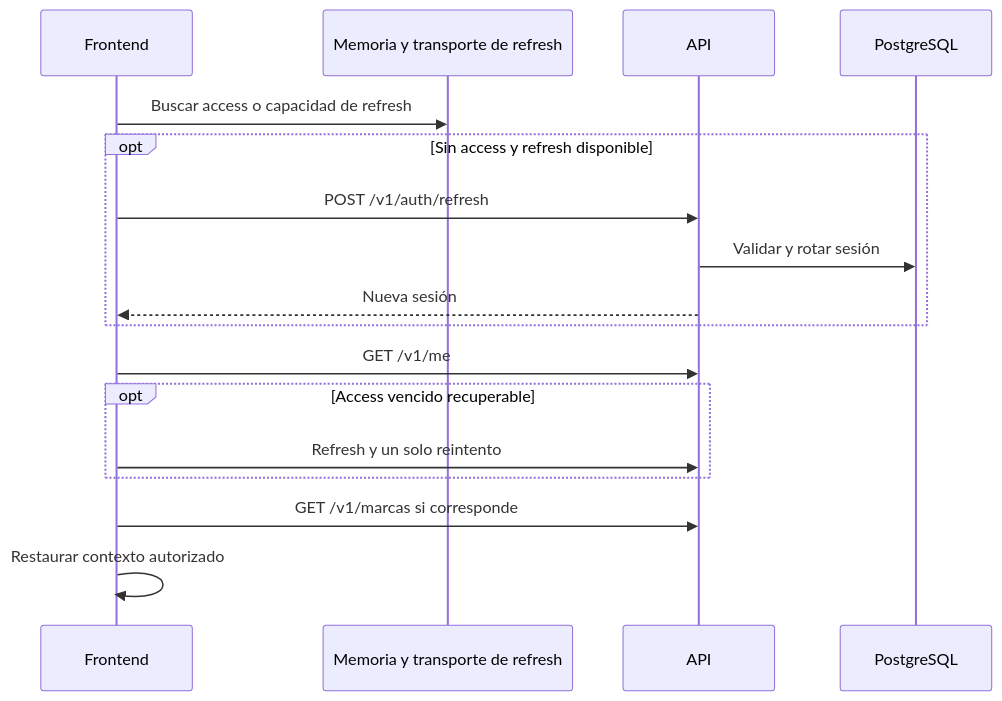
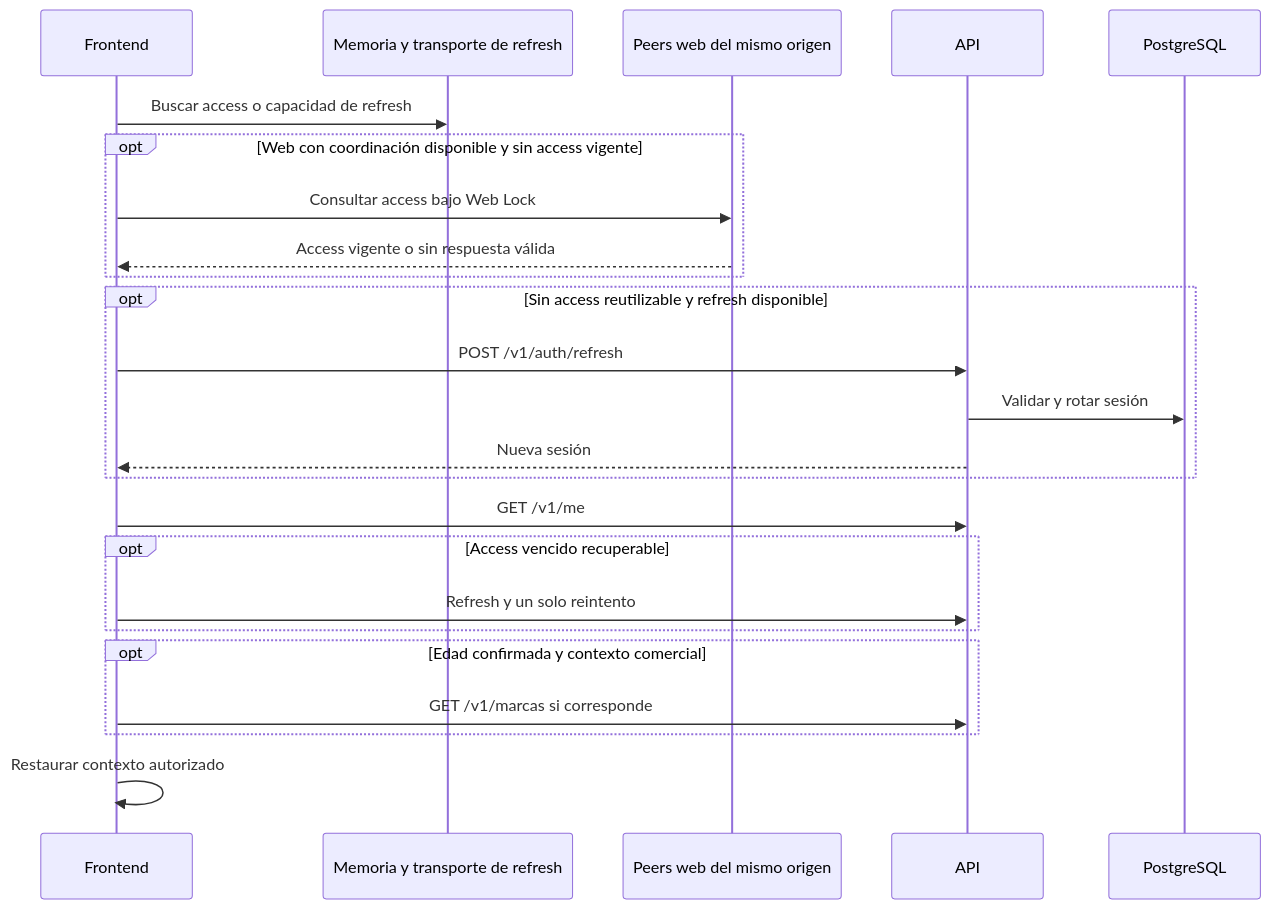
One commit to gagonzalez1/puntazo-docs changed the diagram in docs/sequences/04-restore.md. Above: the diagram before and after it, drawn with Mermaid. The commit also changed other lines of this file and 8 other files, not shown here.

````diff
--- a/docs/sequences/04-restore.md
+++ b/docs/sequences/04-restore.md
@@ -17,19 +17,26 @@
 ```mermaid
 sequenceDiagram
  participant F as Frontend
  participant T as Memoria y transporte de refresh
+ participant W as Peers web del mismo origen
  participant A as API
  participant P as PostgreSQL
  F->>T: Buscar access o capacidad de refresh
- opt Sin access y refresh disponible
+ opt Web con coordinación disponible y sin access vigente
+ F->>W: Consultar access bajo Web Lock
+ W-->>F: Access vigente o sin respuesta válida
+ end
+ opt Sin access reutilizable y refresh disponible
  F->>A: POST /v1/auth/refresh
  A->>P: Validar y rotar sesión
  A-->>F: Nueva sesión
  end
  F->>A: GET /v1/me
  opt Access vencido recuperable
  F->>A: Refresh y un solo reintento
  end
+ opt Edad confirmada y contexto comercial
  F->>A: GET /v1/marcas si corresponde
+ end
  F->>F: Restaurar contexto autorizado
 ```
````
